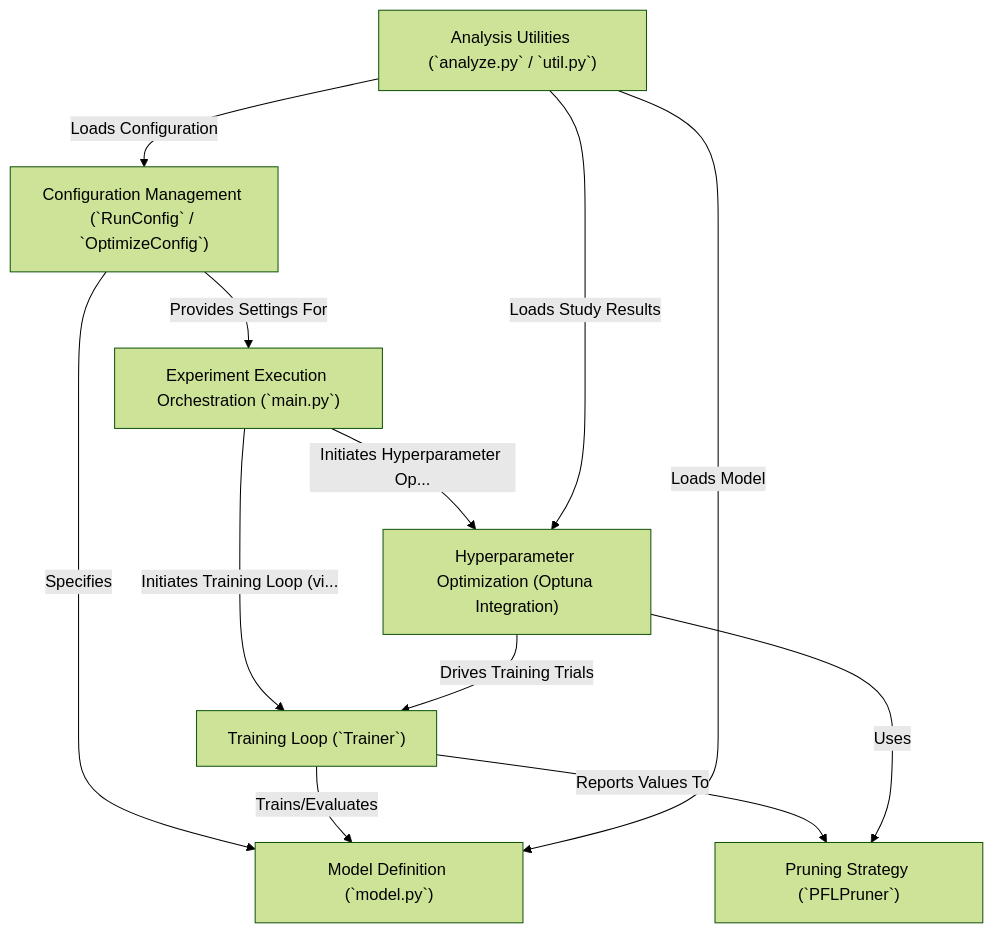
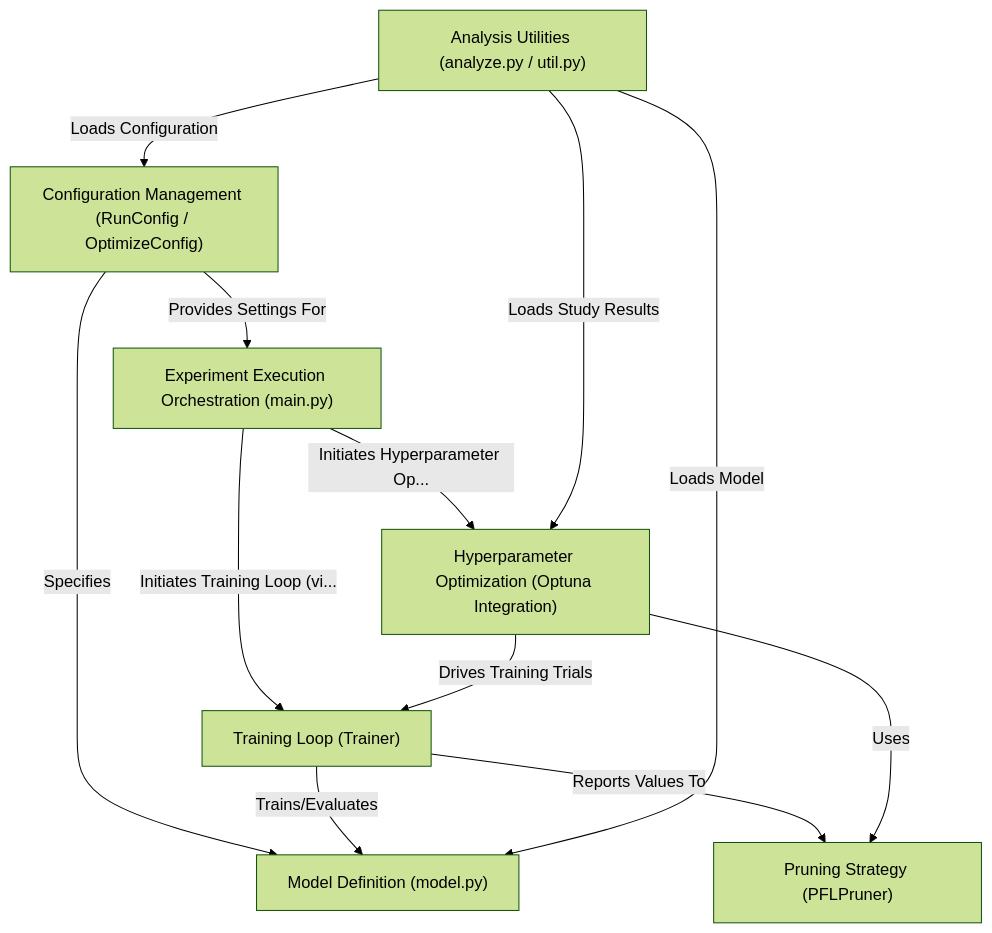
The diagram in docs/index.md (Axect/pytorch_template), drawn with Mermaid (forest theme) before and after one commit. The commit also changed other lines of this file and 2 other files, not shown here.

````diff
--- a/docs/index.md
+++ b/docs/index.md
@@ -10,28 +10,28 @@
 ```mermaid
 flowchart TD
-    A0["Configuration Management (`RunConfig` / `OptimizeConfig`)
+    A0["Configuration Management (RunConfig / OptimizeConfig)
 "]
-    A1["Experiment Execution Orchestration (`main.py`)
+    A1["Experiment Execution Orchestration (main.py)
 "]
-    A2["Training Loop (`Trainer`)
+    A2["Training Loop (Trainer)
 "]
-    A3["Model Definition (`model.py`)
+    A3["Model Definition (model.py)
 "]
     A4["Hyperparameter Optimization (Optuna Integration)
 "]
-    A5["Pruning Strategy (`PFLPruner`)
+    A5["Pruning Strategy (PFLPruner)
 "]
-    A6["Analysis Utilities (`analyze.py` / `util.py`)
+    A6["Analysis Utilities (analyze.py / util.py)
 "]
     A0 -- "Provides Settings For" --> A1
     A0 -- "Specifies" --> A3
     A1 -- "Initiates Training Loop (vi..." --> A2
     A1 -- "Initiates Hyperparameter Op..." --> A4
     A2 -- "Trains/Evaluates" --> A3
     A2 -- "Reports Values To" --> A5
     A4 -- "Drives Training Trials" --> A2
     A4 -- "Uses" --> A5
     A6 -- "Loads Configuration" --> A0
     A6 -- "Loads Model" --> A3
     A6 -- "Loads Study Results" --> A4
 ```
````
